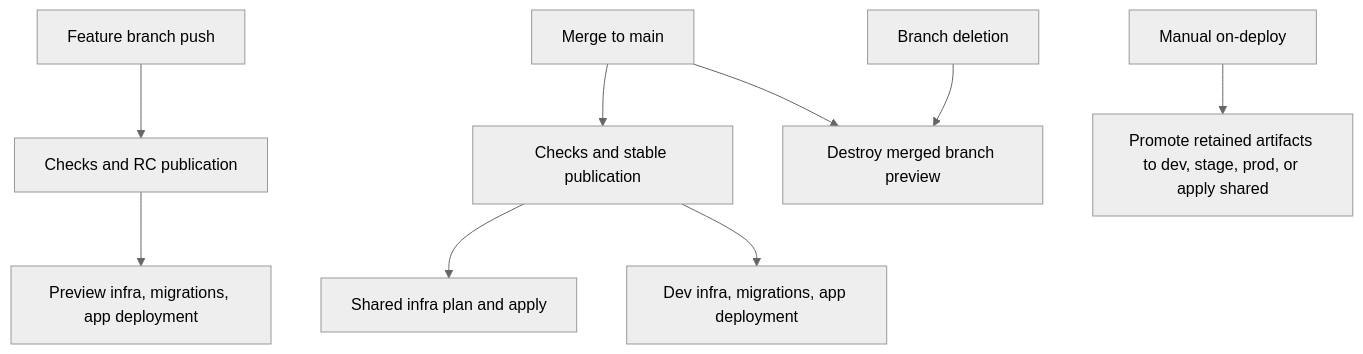
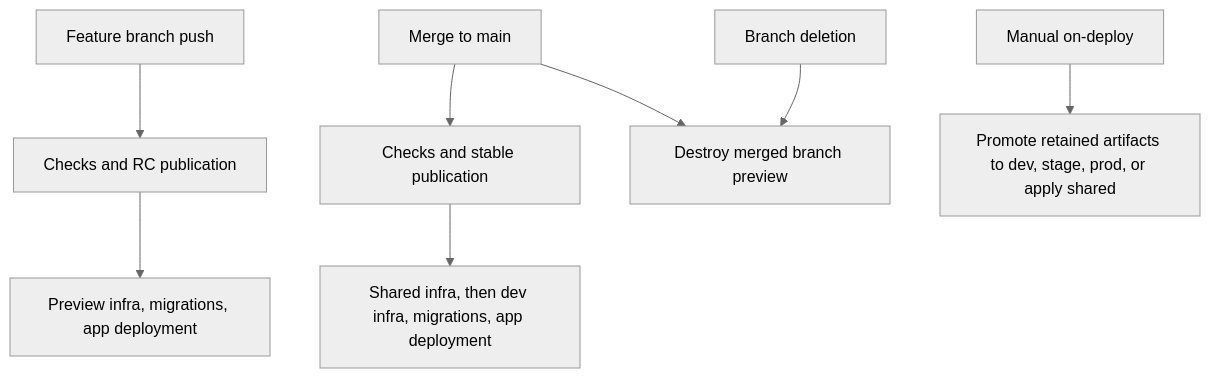
The diagram in docs/guides/ci.md (cloudvoyant/premise), drawn with Mermaid (neutral theme) before and after one commit. The commit also changed other lines of this file and 17 other files, not shown here.

Commit message:
refactor(infra): use --env shared and apply shared first in deploy-dev

````diff
--- a/docs/guides/ci.md
+++ b/docs/guides/ci.md
@@ -15,11 +15,10 @@
 ```mermaid
 flowchart TD
     Branch[Feature branch push] --> Checks[Checks and RC publication]
     Checks --> Preview[Preview infra, migrations, app deployment]
     Merge[Merge to main] --> Stable[Checks and stable publication]
-    Stable --> Shared[Shared infra plan and apply]
-    Stable --> Dev[Dev infra, migrations, app deployment]
+    Stable --> Dev[Shared infra, then dev infra, migrations, app deployment]
     Merge --> Cleanup[Destroy merged branch preview]
     Delete[Branch deletion] --> Cleanup
     Manual[Manual on-deploy] --> Promote[Promote retained artifacts to dev, stage, prod, or apply shared]
 ```
````
